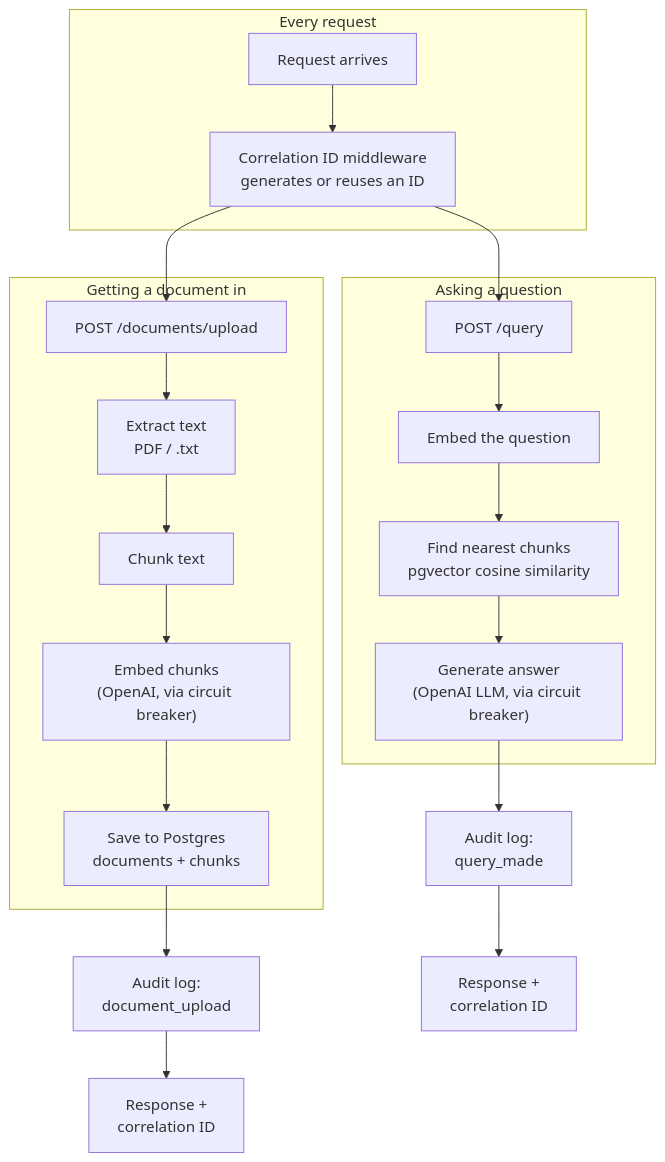
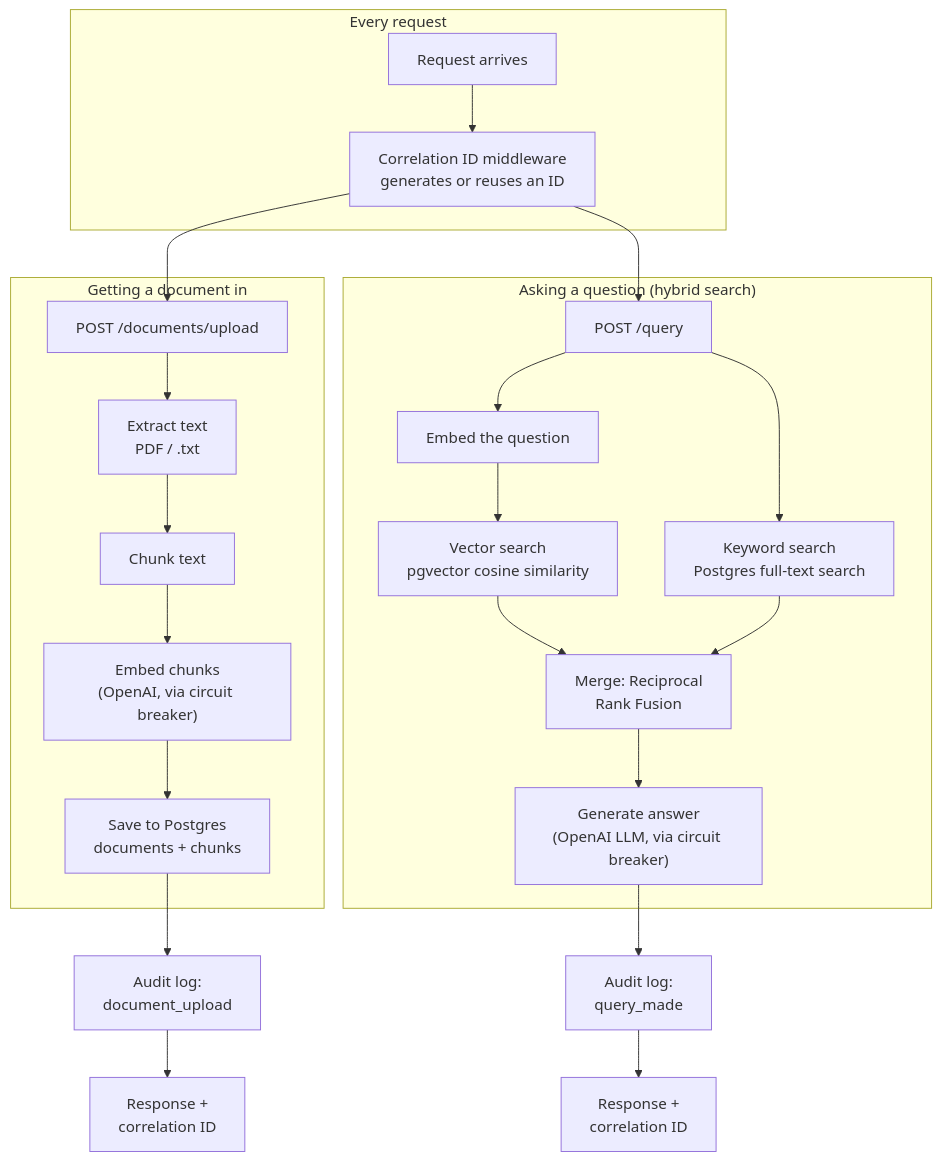
One commit to NavdeepTU/genai_projects changed the first of 2 diagrams in knowledge-brain/docs/ARCHITECTURE.md. Above: the diagram before and after it, drawn with Mermaid. The commit also changed other lines of this file and 9 other files, not shown here.

First line of the commit message:
Add hybrid search (Feature 3): Postgres full-text search + RRF merge

````diff
--- a/knowledge-brain/docs/ARCHITECTURE.md
+++ b/knowledge-brain/docs/ARCHITECTURE.md
@@ -18,28 +18,31 @@
 ```mermaid
 flowchart TD
     subgraph mw["Every request"]
         REQ[Request arrives] --> CID[Correlation ID middleware<br/>generates or reuses an ID]
     end
 
     CID --> UP[POST /documents/upload]
     CID --> Q[POST /query]
 
     subgraph ingest["Getting a document in"]
         UP --> EXTRACT[Extract text<br/>PDF / .txt]
         EXTRACT --> CHUNK[Chunk text]
         CHUNK --> EMBED["Embed chunks<br/>(OpenAI, via circuit breaker)"]
         EMBED --> SAVE[Save to Postgres<br/>documents + chunks]
     end
 
-    subgraph retrieve["Asking a question"]
+    subgraph retrieve["Asking a question (hybrid search)"]
         Q --> QEMBED[Embed the question]
-        QEMBED --> SEARCH[Find nearest chunks<br/>pgvector cosine similarity]
-        SEARCH --> GEN["Generate answer<br/>(OpenAI LLM, via circuit breaker)"]
+        QEMBED --> VEC[Vector search<br/>pgvector cosine similarity]
+        Q --> KW[Keyword search<br/>Postgres full-text search]
+        VEC --> RRF[Merge: Reciprocal<br/>Rank Fusion]
+        KW --> RRF
+        RRF --> GEN["Generate answer<br/>(OpenAI LLM, via circuit breaker)"]
     end
 
     SAVE --> AUDIT1[Audit log:<br/>document_upload]
     GEN --> AUDIT2[Audit log:<br/>query_made]
 
     AUDIT1 --> RESP1[Response +<br/>correlation ID]
     AUDIT2 --> RESP2[Response +<br/>correlation ID]
 ```
````
